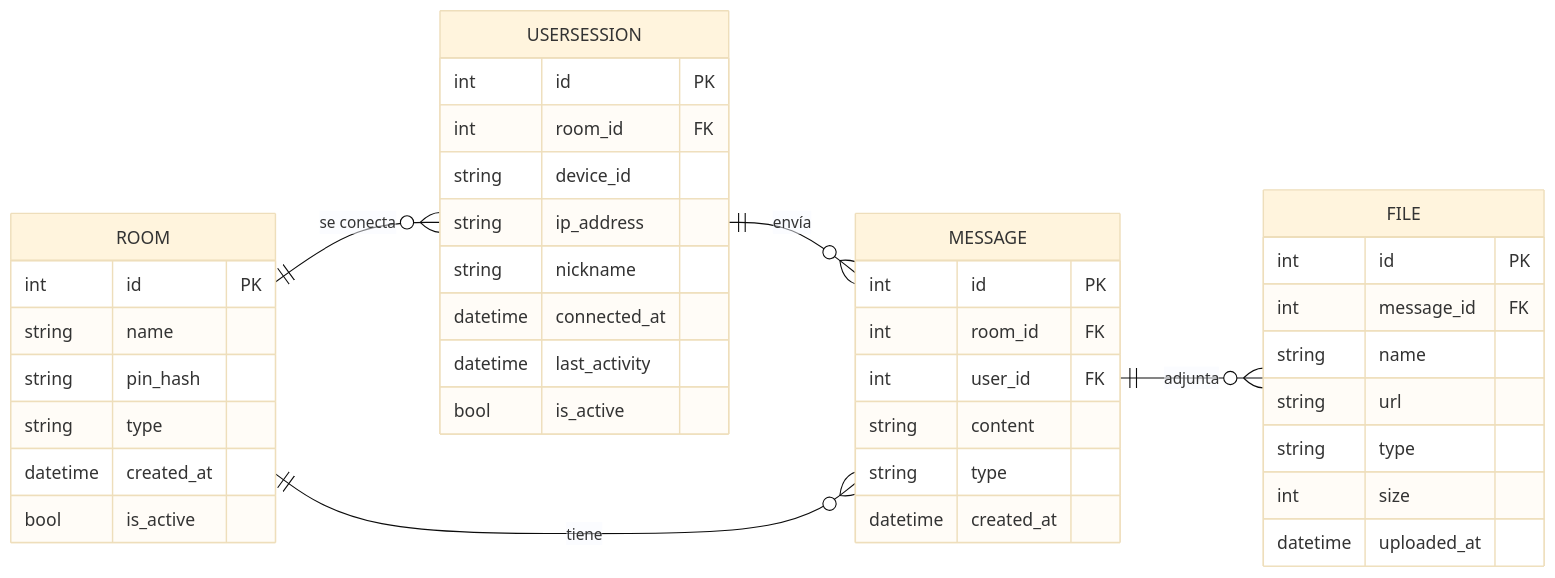
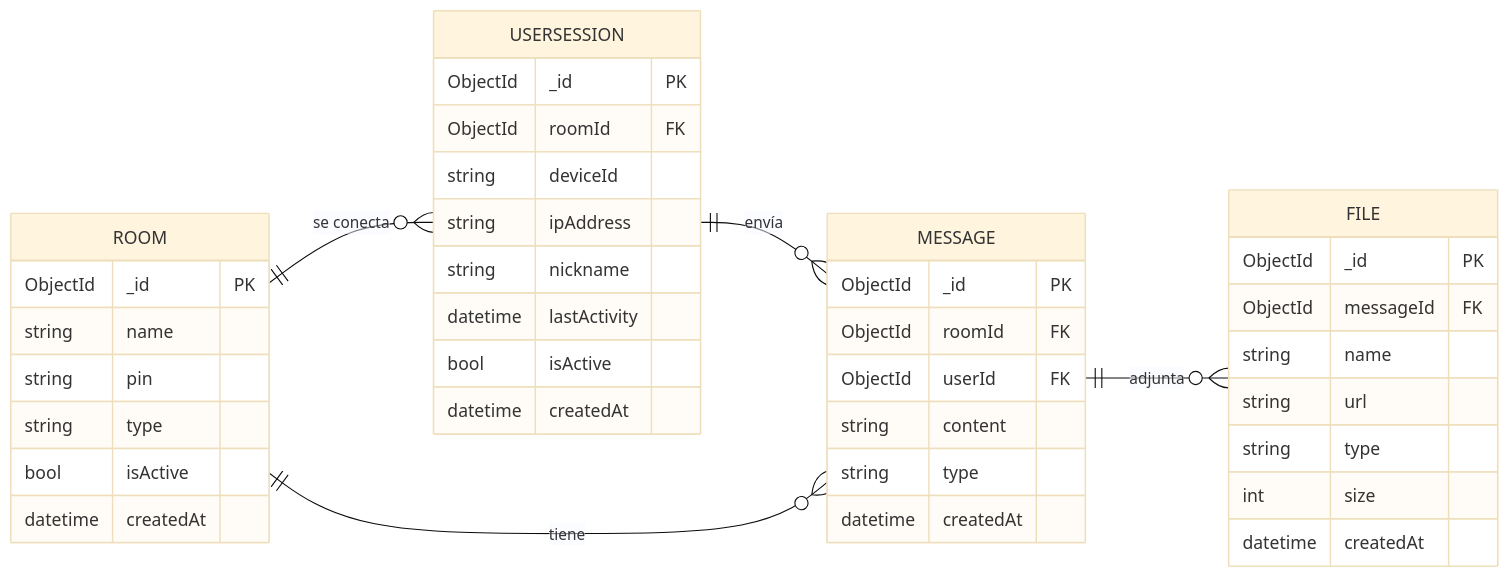
The diagram in docs/datamodel/datamodel.md (JulioViche/realtime-chat-websockets), drawn with Mermaid (base theme) before and after one commit. The commit also changed other lines of this file and 1 other file, not shown here.

````diff
--- a/docs/datamodel/datamodel.md
+++ b/docs/datamodel/datamodel.md
@@ -60,44 +60,44 @@
 ```mermaid
 erDiagram
 direction LR
 	ROOM {
-		int id PK
+		ObjectId _id PK
 		string name
-		string pin_hash
+		string pin
 		string type
-		datetime created_at
-		bool is_active
+		bool isActive
+		datetime createdAt
 	}
 	USERSESSION {
-		int id PK
-		int room_id FK
-		string device_id
-		string ip_address
+		ObjectId _id PK
+		ObjectId roomId FK
+		string deviceId
+		string ipAddress
 		string nickname
-		datetime connected_at
-		datetime last_activity
-		bool is_active
+		datetime lastActivity
+		bool isActive
+		datetime createdAt
 	}
 	MESSAGE {
-		int id PK
-		int room_id FK
-		int user_id FK
+		ObjectId _id PK
+		ObjectId roomId FK
+		ObjectId userId FK
 		string content
 		string type
-		datetime created_at
+		datetime createdAt
 	}
 	FILE {
-		int id PK
-		int message_id FK
+		ObjectId _id PK
+		ObjectId messageId FK
 		string name
 		string url
 		string type
 		int size
-		datetime uploaded_at
+		datetime createdAt
 	}
 
 	MESSAGE ||--o{ FILE : "adjunta"
 	USERSESSION ||--o{ MESSAGE : "envía"
 	ROOM ||--o{ USERSESSION : "se conecta"
 	ROOM ||--o{ MESSAGE : "tiene"
 ```
````
